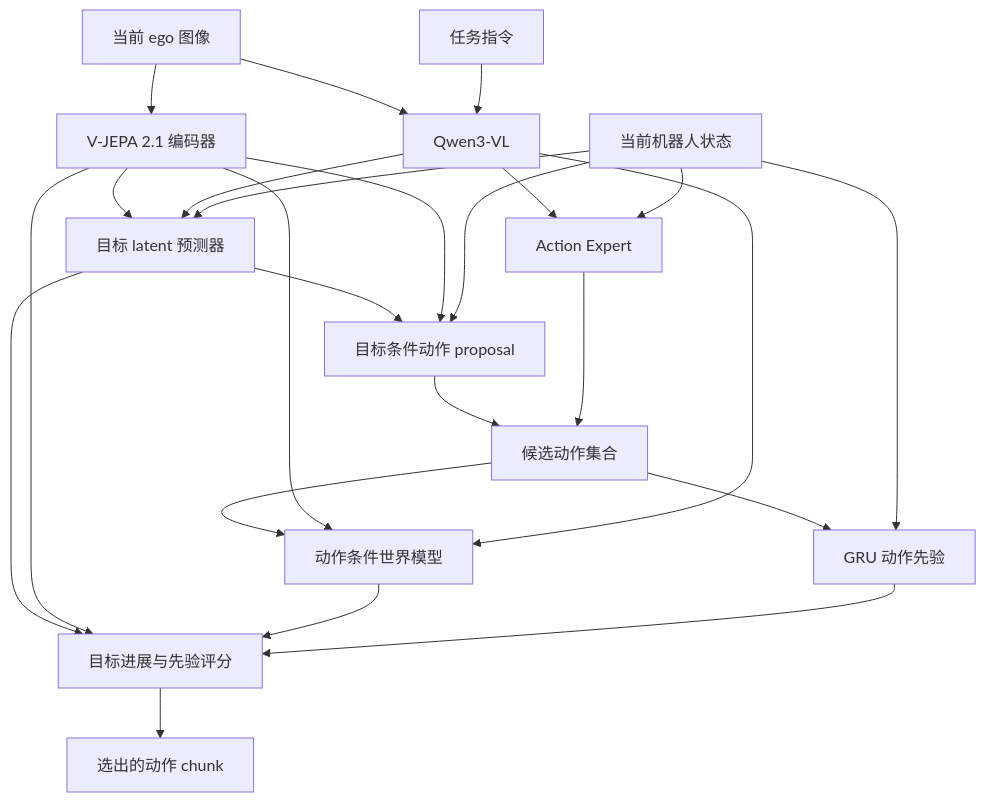
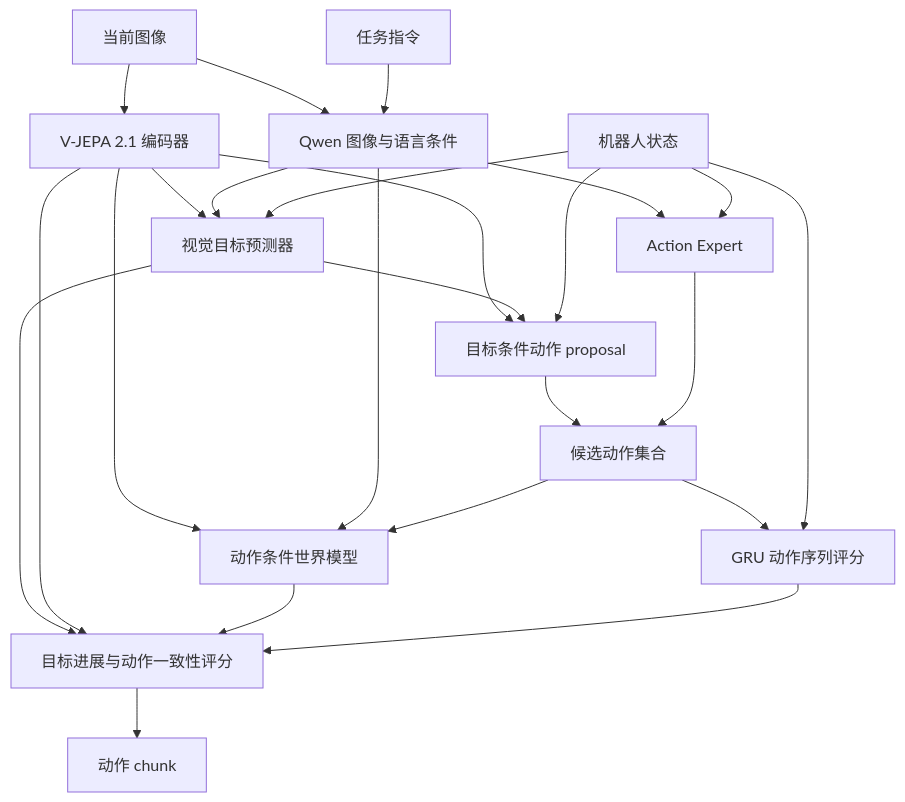
Before and after one commit to Ju6276/VLA-JEPA-DEV: the diagram in README.md, drawn with Mermaid. The commit also changed other lines of this file and 2 other files, not shown here.

````diff
--- a/README.md
+++ b/README.md
@@ -11,26 +7,26 @@
 ```mermaid
 flowchart TD
-    I[当前 ego 图像] --> E[V-JEPA 2.1 编码器]
-    I --> Q[Qwen3-VL]
+    I[当前图像] --> E[V-JEPA 2.1 编码器]
+    I --> Q[Qwen 图像与语言条件]
     L[任务指令] --> Q
-    E --> G[目标 latent 预测器]
+    E --> G[视觉目标预测器]
     Q --> G
-    S[当前机器人状态] --> G
-    G --> P[目标条件动作 proposal]
-    E --> P
+    S[机器人状态] --> G
+    E --> P[目标条件动作 proposal]
+    G --> P
     S --> P
     Q --> A[Action Expert]
     S --> A
     P --> C[候选动作集合]
     A --> C
-    C --> W[动作条件世界模型]
-    E --> W
+    E --> W[动作条件世界模型]
     Q --> W
-    C --> R[GRU 动作先验]
+    C --> W
+    C --> R[GRU 动作序列评分]
     S --> R
-    G --> V[目标进展与先验评分]
+    G --> V[目标进展与动作一致性评分]
     E --> V
     W --> V
     R --> V
-    V --> O[选出的动作 chunk]
+    V --> O[动作 chunk]
 ```
````
